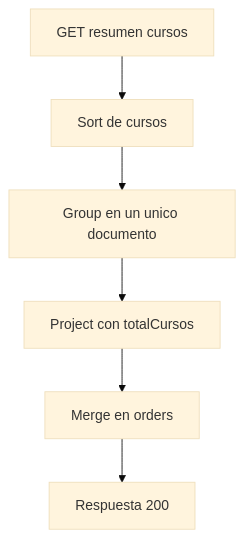
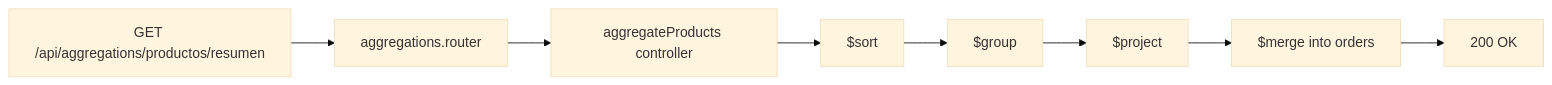
The ninth of 9 diagrams in README.md (sofiaaranoibarra/proyectoBackend), drawn with Mermaid (base theme) before and after one commit. The commit also changed other lines of this file and 14 other files, not shown here.

````diff
--- a/README.md
+++ b/README.md
@@ -341,8 +541,10 @@
 ```mermaid
-flowchart TD
-    request[GET resumen cursos] --> sort[Sort de cursos]
-    sort --> group[Group en un unico documento]
-    group --> project[Project con totalCursos]
-    project --> merge[Merge en orders]
-    merge --> response[Respuesta 200]
+flowchart LR
+    A[GET /api/aggregations/productos/resumen] --> B[aggregations.router]
+    B --> C[aggregateProducts controller]
+    C --> D[$sort]
+    D --> E[$group]
+    E --> F[$project]
+    F --> G[$merge into orders]
+    G --> H[200 OK]
 ```
````
